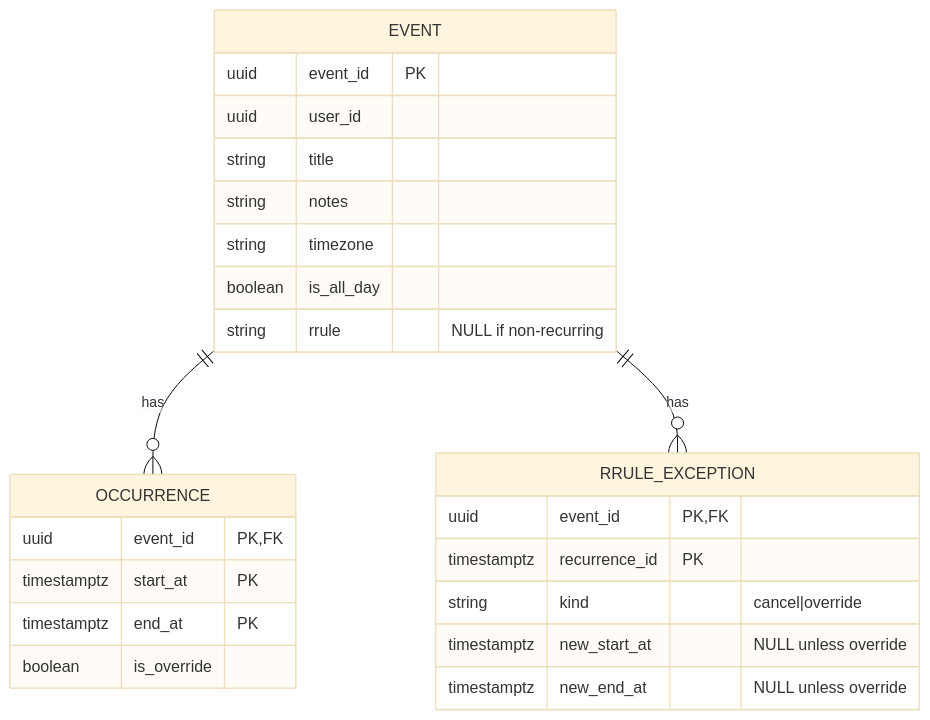
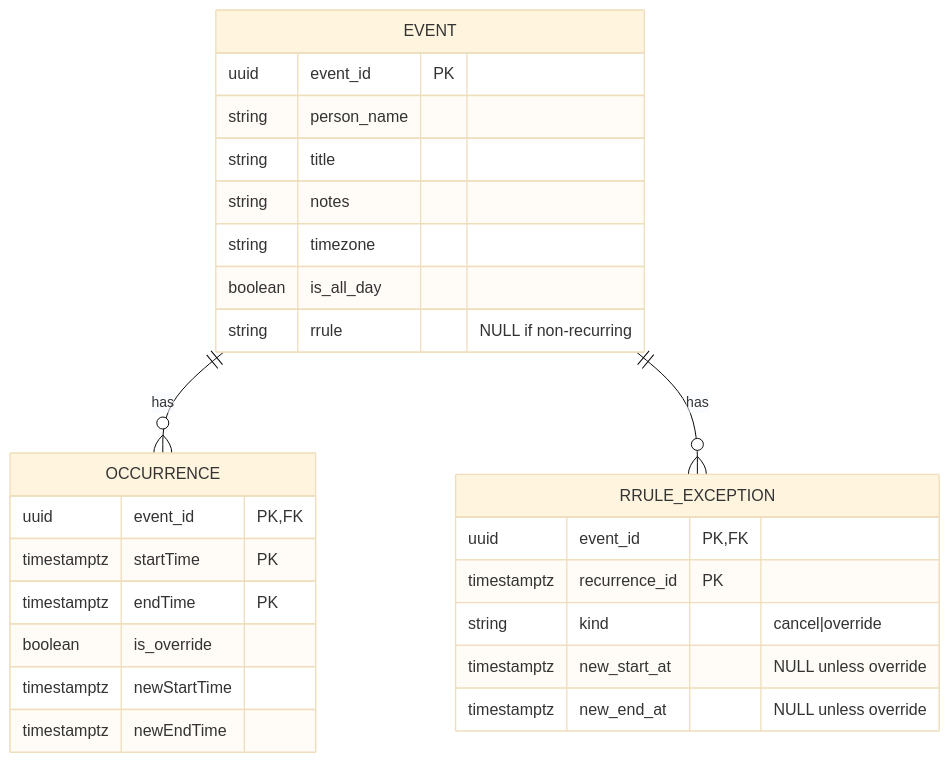
One commit to ConnorHall938/PiCal changed the diagram in Planning/db.md. Above: the diagram before and after it, drawn with Mermaid (base theme). The commit also changed 8 other files, not shown here.

Commit message:
Create schemas at startup. Fix schema generation to do foreign keys correctly

````diff
--- a/Planning/db.md
+++ b/Planning/db.md
@@ -1,30 +1,32 @@
 ```mermaid
 erDiagram
   EVENT ||--o{ OCCURRENCE : "has"
   EVENT ||--o{ RRULE_EXCEPTION : "has"
 
   EVENT {
     uuid event_id PK
-    uuid user_id
+    string person_name
     string title
     string notes
     string timezone
     boolean is_all_day
     string rrule "NULL if non-recurring"
   }
 
   OCCURRENCE {
     uuid event_id PK,FK
-    timestamptz start_at PK
-    timestamptz end_at PK
+    timestamptz startTime PK
+    timestamptz endTime PK
     boolean is_override
+    timestamptz newStartTime
+    timestamptz newEndTime
   }
 
   RRULE_EXCEPTION {
     uuid event_id PK,FK
     timestamptz recurrence_id PK
     string kind "cancel|override"
     timestamptz new_start_at "NULL unless override"
     timestamptz new_end_at "NULL unless override"
   }
 ```
````
